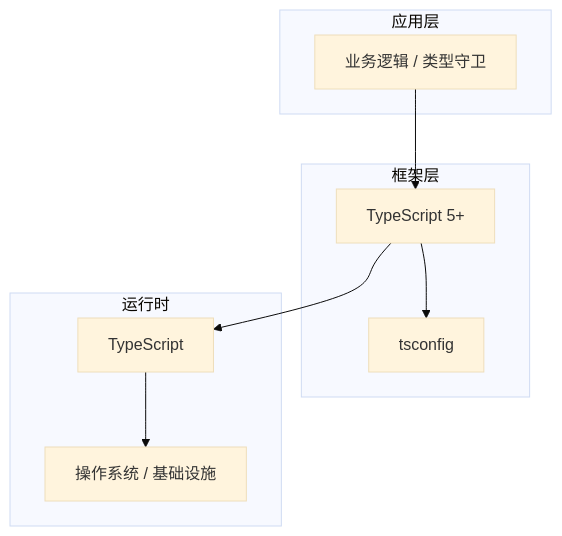
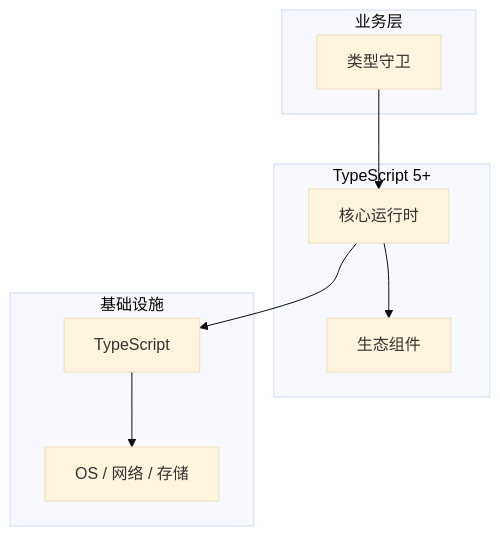
Before and after one commit to yanggan2015/knowledge-json-v2: the diagram in articles/TypeScript/chapters/043-类型守卫核心概念与原理.md, drawn with Mermaid (base theme). The commit also changed other lines of this file and 10127 other files, not shown here.

````diff
--- a/articles/TypeScript/chapters/043-类型守卫核心概念与原理.md
+++ b/articles/TypeScript/chapters/043-类型守卫核心概念与原理.md
@@ -45,18 +34,18 @@
 ```mermaid
 graph TB
-    subgraph 应用层
-        A[业务逻辑 / 类型守卫]
+    subgraph 业务层
+        A[类型守卫]
     end
-    subgraph 框架层
-        B[TypeScript 5+]
-        C[tsconfig]
+    subgraph TypeScript 5+
+        B[核心运行时]
+        C[生态组件]
     end
-    subgraph 运行时
+    subgraph 基础设施
         D[TypeScript]
-        E[操作系统 / 基础设施]
+        E[OS / 网络 / 存储]
     end
     A --> B
     B --> C
     B --> D
     D --> E
 ```
````
